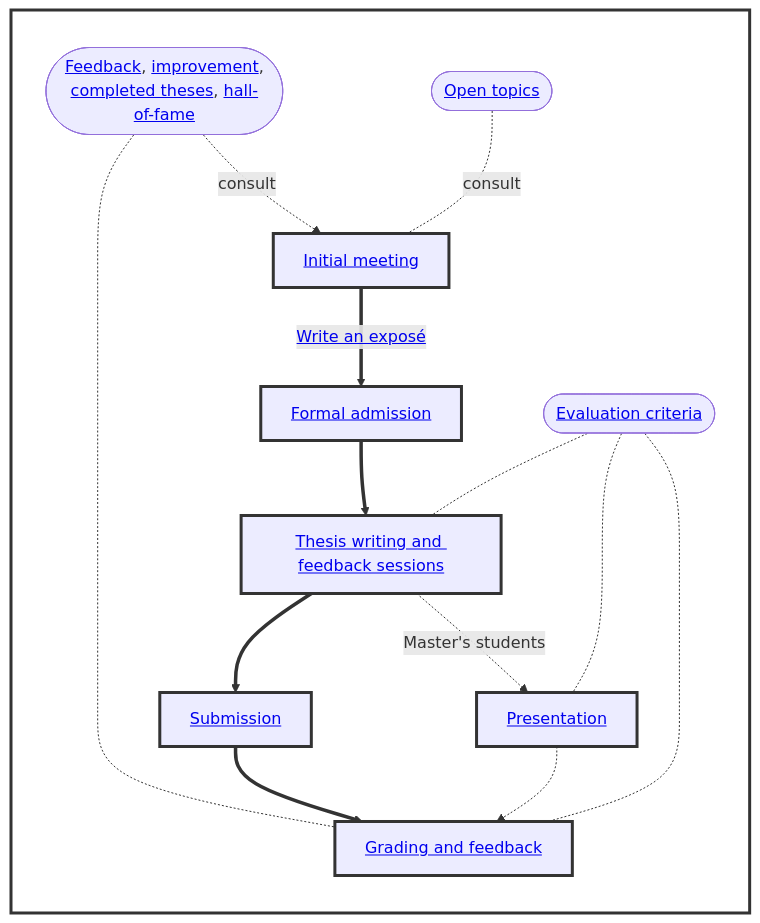
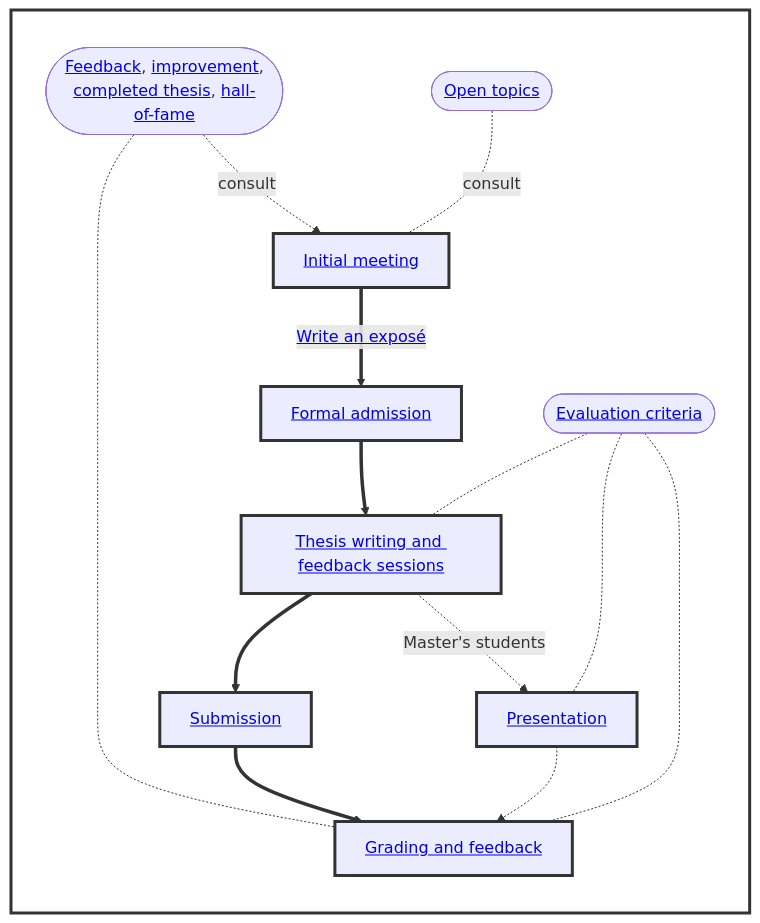
Before and after one commit to digital-work-lab/theses: the diagram in index.md, drawn with Mermaid. The commit also changed other lines of this file, not shown here.

````diff
--- a/index.md
+++ b/index.md
@@ -29,25 +29,25 @@
 ```mermaid
 flowchart LR
 
     subgraph Process[" "]
         Feedback -. consult .-> Init
-        Feedback(["<a href='docs/feedback.html'>Feedback</a>, <a href='https://digital-work-lab.github.io/handbook/docs/30-teaching/30_processes/30.22.improvements.html'>improvement</a>,<br><a href='docs/completed.html'>completed theses</a>, <a href='docs/hall_of_fame.html'>hall-of-fame</a>"]) -.- Grading
+        Feedback(["<a href='docs/feedback.html'>Feedback</a>, <a href='https://digital-work-lab.github.io/handbook/docs/30-teaching/30_processes/30.22.improvements.html'>improvement</a>,<br><a href='docs/completed.html'>completed thesis</a>, <a href='docs/hall_of_fame.html'>hall-of-fame</a>"]) -.- Grading
         OpenTopics(["<a href='docs/topics.html'>Open topics</a>"]) -.- |consult| Init
         Init["<a href='#1-initial-meetings-to-discuss-the-topic'>Initial meeting</a>"] ==> |"<a href='docs/expose.html'>Write an exposé</a>"| Admission["<a href='#2-formal-admission'>Formal admission</a>"]
         Admission ==> Writing["<a href='#3-thesis-writing-and-feedback-sessions'>Thesis writing and feedback sessions</a>"]
         Writing ==> Submission["<a href='#4-submission-of-the-thesis'>Submission</a>"]
         Submission ==> Grading
         Writing -. Master's students .-> Presentation["<a href='#5-thesis-presentation'>Presentation</a>"]
         Presentation -.-> Grading["<a href='#6-grading-and-feedback-session'>Grading and feedback</a>"]
         Criteria(["<a href='docs/evaluation.html'>Evaluation criteria</a>"]) -.- Writing
         Criteria -.- Presentation
         Criteria -.- Grading
     end
     style Init stroke:#333,stroke-width:3px
     style Admission stroke:#333,stroke-width:3px
     style Writing stroke:#333,stroke-width:3px
     style Presentation stroke:#333,stroke-width:3px
     style Submission stroke:#333,stroke-width:3px
     style Grading stroke:#333,stroke-width:3px
     style Process fill:white,stroke:#333,stroke-width:3px
 ```
````
